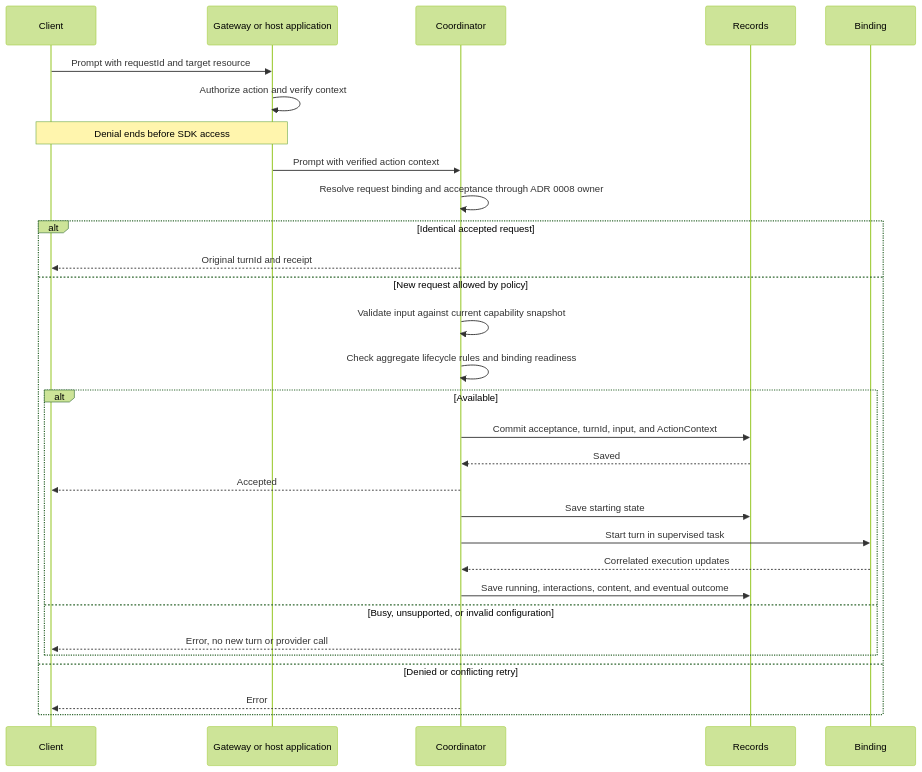
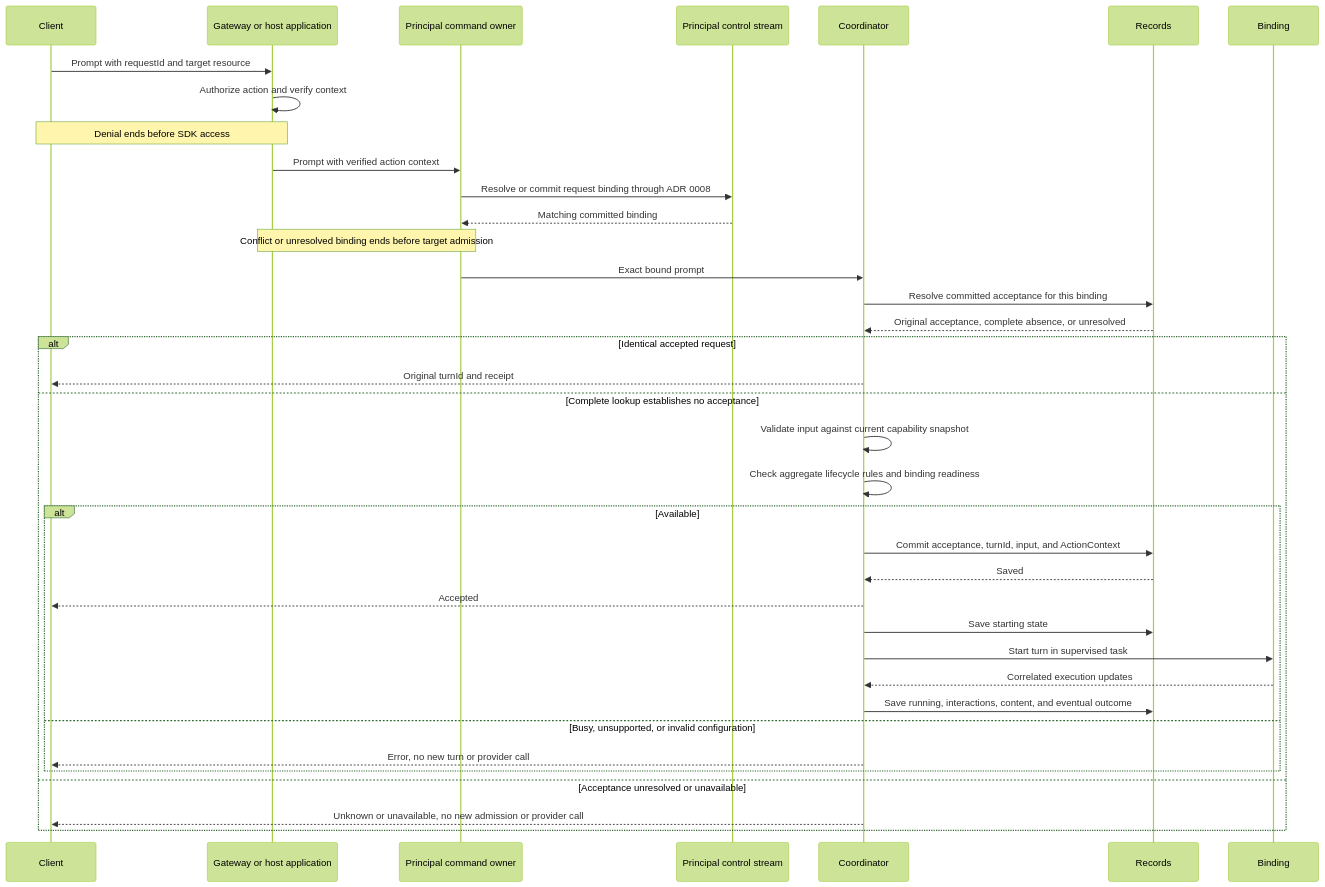
The fourth of 8 diagrams in docs/design/agent_execution/runtime-classes-and-sequences.md (nessalabs/nessa-agent), drawn with Mermaid (forest theme) before and after one commit. The commit also changed other lines of this file and 7 other files, not shown here.

````diff
--- a/docs/design/agent_execution/runtime-classes-and-sequences.md
+++ b/docs/design/agent_execution/runtime-classes-and-sequences.md
@@ -288,32 +292,39 @@
 ```mermaid
 sequenceDiagram
     participant C as Client
     participant G as Gateway or host application
+    participant I as Principal command owner
+    participant K as Principal control stream
     participant R as Coordinator
     participant S as Records
     participant B as Binding
     C->>G: Prompt with requestId and target resource
     G->>G: Authorize action and verify context
     Note over C,G: Denial ends before SDK access
-    G->>R: Prompt with verified action context
-    R->>R: Resolve request binding and acceptance through ADR 0008 owner
+    G->>I: Prompt with verified action context
+    I->>K: Resolve or commit request binding through ADR 0008
+    K-->>I: Matching committed binding
+    Note over G,I: Conflict or unresolved binding ends before target admission
+    I->>R: Exact bound prompt
+    R->>S: Resolve committed acceptance for this binding
+    S-->>R: Original acceptance, complete absence, or unresolved
     alt Identical accepted request
         R-->>C: Original turnId and receipt
-    else New request allowed by policy
+    else Complete lookup establishes no acceptance
         R->>R: Validate input against current capability snapshot
         R->>R: Check aggregate lifecycle rules and binding readiness
         alt Available
             R->>S: Commit acceptance, turnId, input, and ActionContext
             S-->>R: Saved
             R-->>C: Accepted
             R->>S: Save starting state
             R->>B: Start turn in supervised task
             B-->>R: Correlated execution updates
             R->>S: Save running, interactions, content, and eventual outcome
         else Busy, unsupported, or invalid configuration
             R-->>C: Error, no new turn or provider call
         end
-    else Denied or conflicting retry
-        R-->>C: Error
+    else Acceptance unresolved or unavailable
+        R-->>C: Unknown or unavailable, no new admission or provider call
     end
 ```
````
